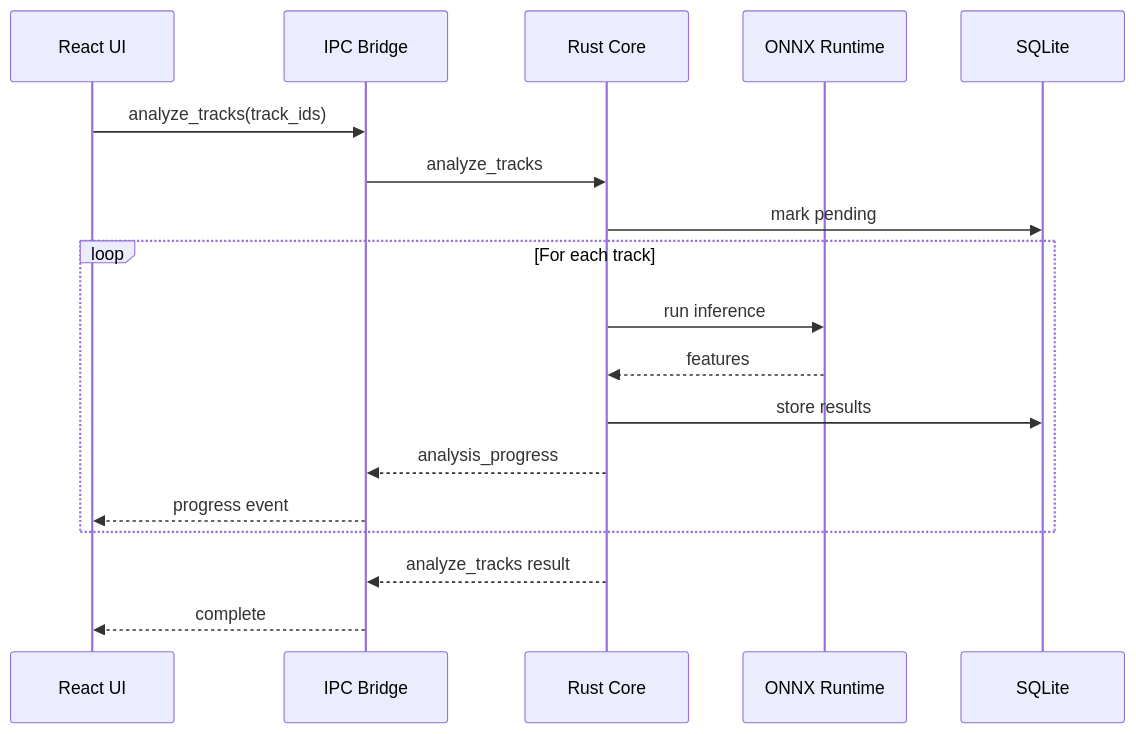
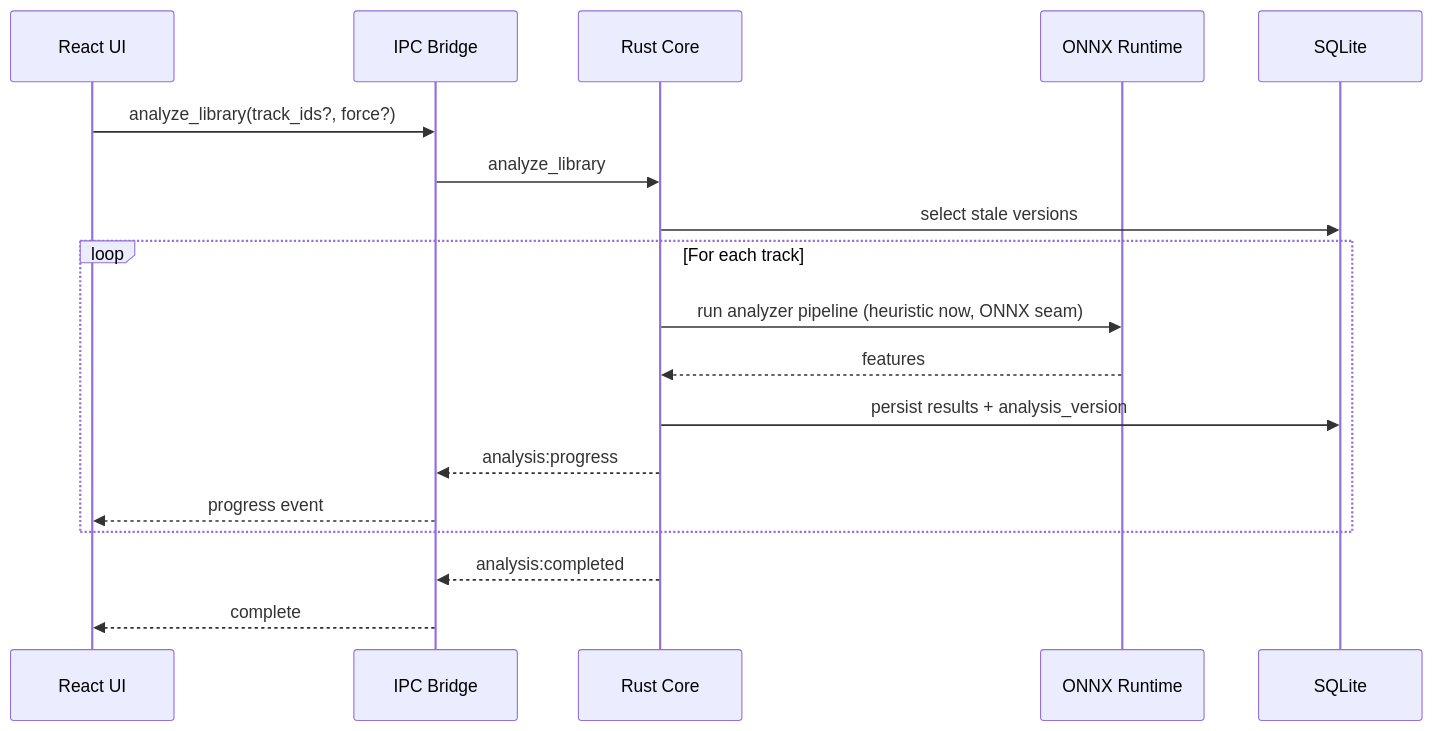
Before and after one commit to iDorgham/DJ-Assistant: the second of 2 diagrams in docs/diagrams/11-component-ipc.md, drawn with Mermaid. The commit also changed other lines of this file and 62 other files, not shown here.

First line of the commit message:
docs(plan,architecture,diagrams,context): polish SDD plan + sync docs with shipped code

````diff
--- a/docs/diagrams/11-component-ipc.md
+++ b/docs/diagrams/11-component-ipc.md
@@ -49,21 +49,21 @@
 ```mermaid
 sequenceDiagram
     participant UI as React UI
     participant IPC as IPC Bridge
     participant Core as Rust Core
     participant ONNX as ONNX Runtime
     participant DB as SQLite
 
-    UI->>IPC: analyze_tracks(track_ids)
-    IPC->>Core: analyze_tracks
-    Core->>DB: mark pending
+    UI->>IPC: analyze_library(track_ids?, force?)
+    IPC->>Core: analyze_library
+    Core->>DB: select stale versions
     loop For each track
-        Core->>ONNX: run inference
+        Core->>ONNX: run analyzer pipeline (heuristic now, ONNX seam)
         ONNX-->>Core: features
-        Core->>DB: store results
-        Core-->>IPC: analysis_progress
+        Core->>DB: persist results + analysis_version
+        Core-->>IPC: analysis:progress
         IPC-->>UI: progress event
     end
-    Core-->>IPC: analyze_tracks result
+    Core-->>IPC: analysis:completed
     IPC-->>UI: complete
 ```
````
